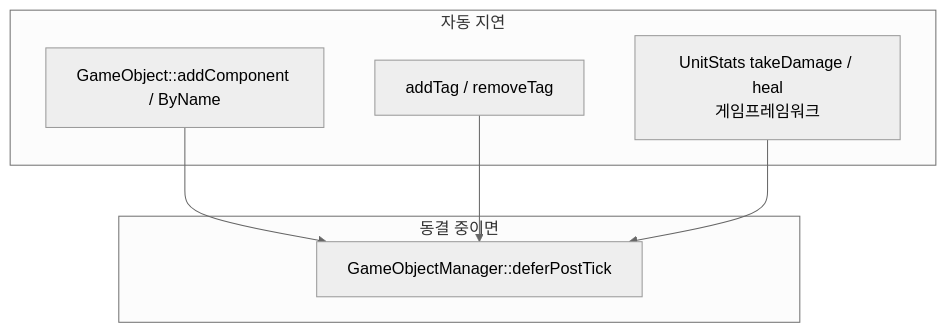
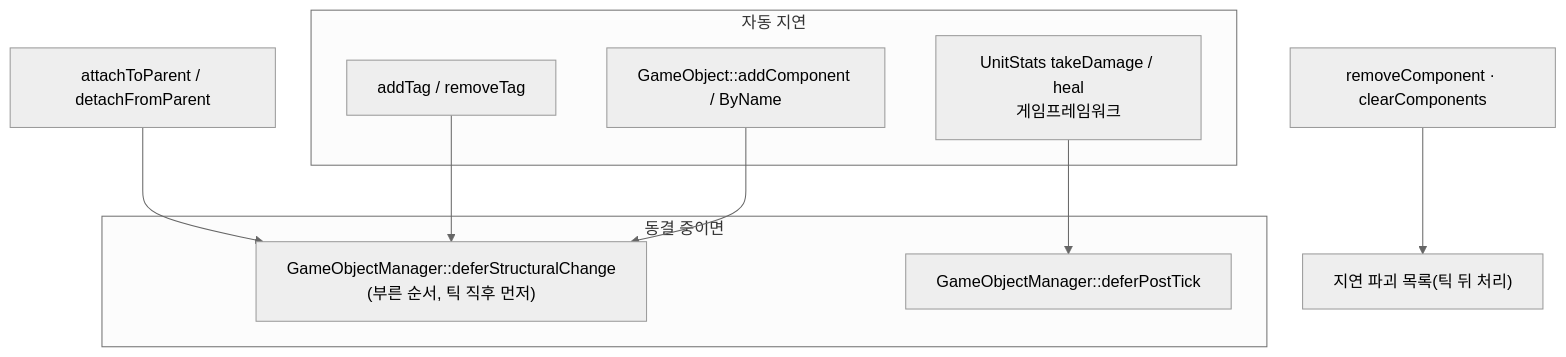
One commit to sswgame/LearningTemplate changed the third of 3 diagrams in Source/Engine/Object/README.md. Above: the diagram before and after it, drawn with Mermaid (neutral theme). The commit also changed other lines of this file and 10 other files, not shown here.

First line of the commit message:
구조 ⑫ 틱 중 구조 변경은 한 규칙 · 한 큐 - 비우기는 미루고, 제자리 상태 읽기는 거절, 미룬 구조 변경은 부른 순서대로(deferStructuralChange)

````diff
--- a/Source/Engine/Object/README.md
+++ b/Source/Engine/Object/README.md
@@ -379,14 +381,17 @@
 ```mermaid
 flowchart TB
   subgraph auto ["자동 지연"]
     AC["GameObject::addComponent / ByName"]
     TG["addTag / removeTag"]
     DM["UnitStats takeDamage / heal<br/>게임프레임워크"]
   end
   subgraph when ["동결 중이면"]
+    SC["GameObjectManager::deferStructuralChange<br/>(부른 순서, 틱 직후 먼저)"]
     PT["GameObjectManager::deferPostTick"]
   end
-  AC --> PT
-  TG --> PT
+  AC --> SC
+  TG --> SC
+  AT["attachToParent / detachFromParent"] --> SC
+  RM["removeComponent · clearComponents"] --> DD["지연 파괴 목록(틱 뒤 처리)"]
   DM --> PT
 ```
````
